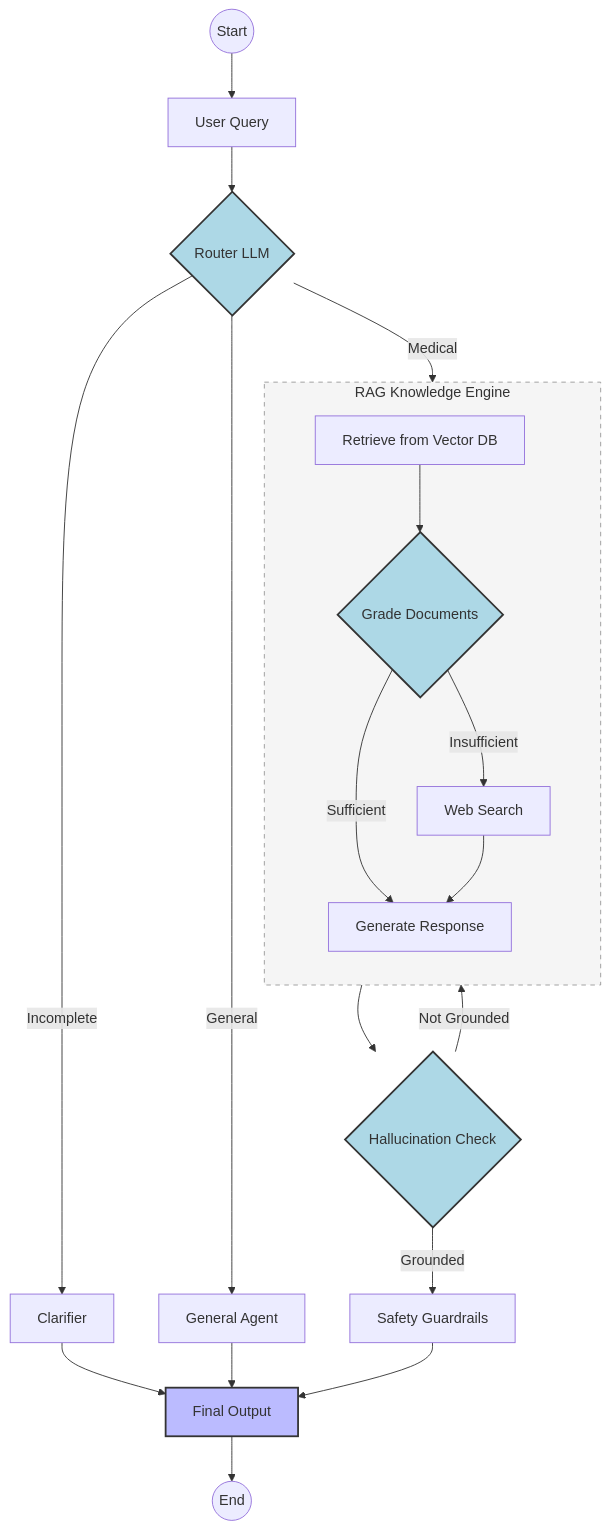
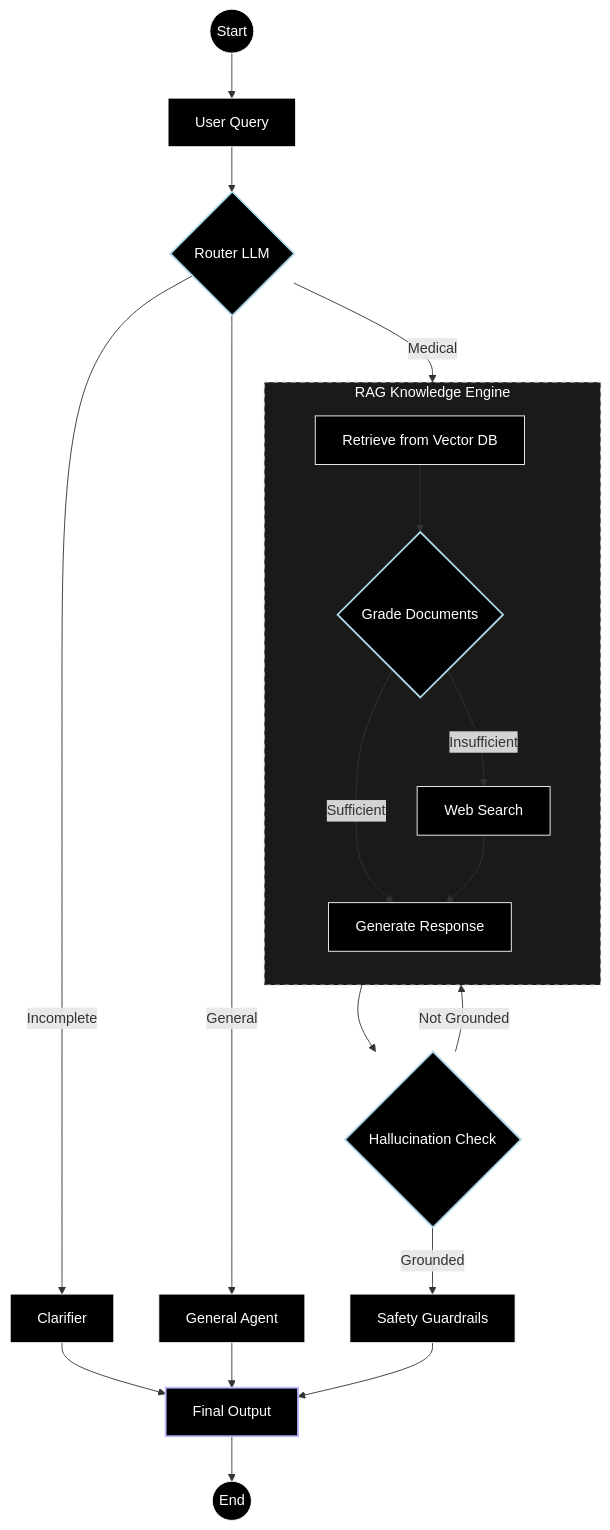
The diagram in README.MD (huangboryac-web/MedAgent), drawn with Mermaid before and after one commit.

Commit message:
test: check mermaid diagram colours

````diff
--- a/README.MD
+++ b/README.MD
@@ -73,39 +73,47 @@
 ```mermaid
 graph TD
+    classDef default fill:#000,stroke:#fff,stroke-width:1px,color:#fff
+
     %% Define Nodes
     Start((Start)) --> A[User Query]
     A --> B{Router LLM}
 
     %% Routing Paths
     B -->|Incomplete| C[Clarifier]
     B -->|General| D[General Agent]
 
     %% Knowledge Retrieval Subgraph
     subgraph Knowledge_Engine [RAG Knowledge Engine]
         direction TB
         E[Retrieve from Vector DB] --> F{Grade Documents}
         F -->|Insufficient| H[Web Search]
         F -->|Sufficient| G[Generate Response]
         H --> G
     end
 
     B -->|Medical| E
 
     %% Validation Loops
     G --> I{Hallucination Check}
     I -->|Not Grounded| G
     I -->|Grounded| J[Safety Guardrails]
 
     %% Output
     C --> K[Final Output]
     D --> K
     J --> K
     K --> End((End))
 
-    style B fill:#add8e6,stroke:#333,stroke-width:2px
-    style F fill:#add8e6,stroke:#333,stroke-width:2px
-    style I fill:#add8e6,stroke:#333,stroke-width:2px
+    %% Styling Specific Nodes
 
-    style K fill:#bbf,stroke:#333,stroke-width:2px
-    style Knowledge_Engine fill:#f5f5f5,stroke:#999,stroke-dasharray: 5 5
+    %% Router/Logic Nodes: Black Fill, Light Blue Border, White Text
+    style B fill:#000,stroke:#add8e6,stroke-width:2px,color:#fff
+    style F fill:#000,stroke:#add8e6,stroke-width:2px,color:#fff
+    style I fill:#000,stroke:#add8e6,stroke-width:2px,color:#fff
+
+    %% Final Output: Black Fill, Purple/Blue Border, White Text
+    style K fill:#000,stroke:#bbf,stroke-width:2px,color:#fff
+
+    %% Subgraph: Very Dark Gray Fill (to distinguish from main bg), White Text
+    style Knowledge_Engine fill:#1a1a1a,stroke:#ccc,stroke-dasharray: 5 5,color:#fff
 ```
````
